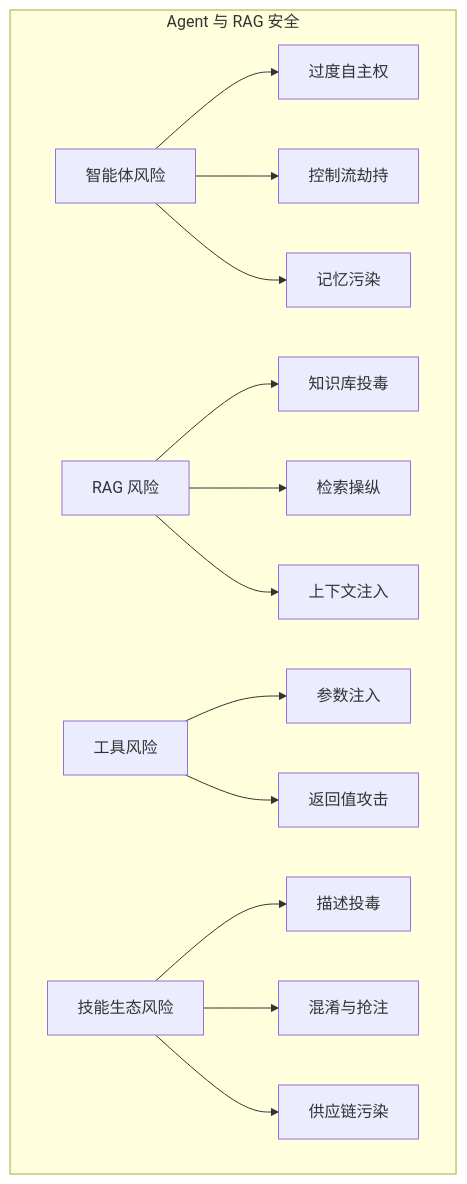
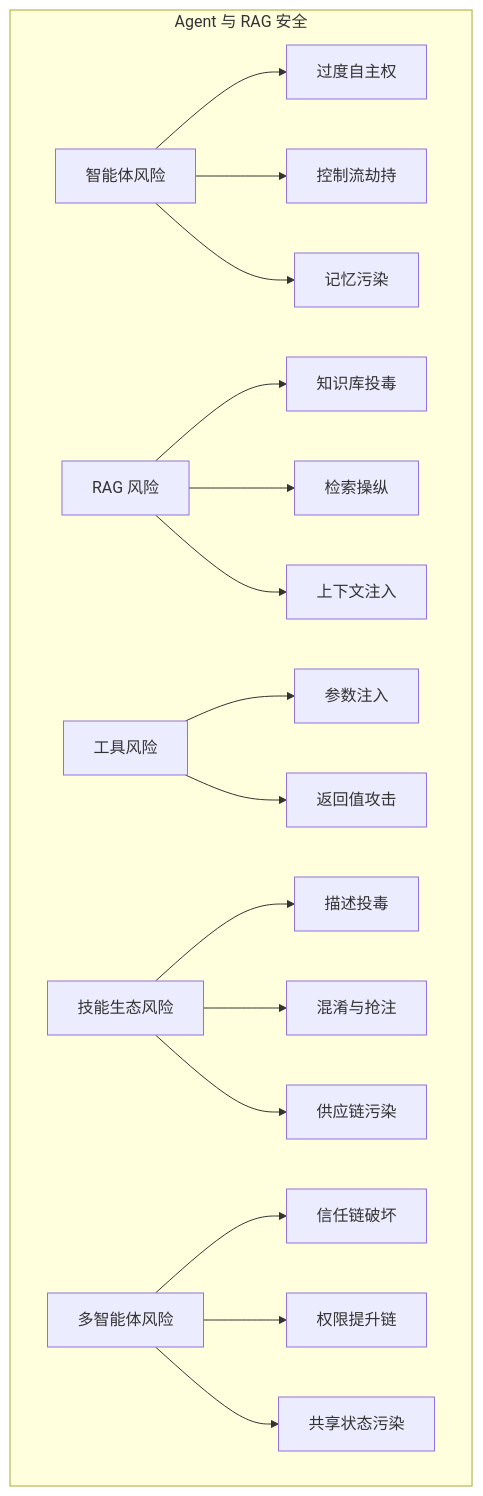
Before and after one commit to yeasy/ai_security_guide: the diagram in 07_agent_rag_security/summary.md, drawn with Mermaid. The commit also changed other lines of this file and 3 other files, not shown here.

````diff
--- a/07_agent_rag_security/summary.md
+++ b/07_agent_rag_security/summary.md
@@ -17,19 +21,23 @@
 ```mermaid
 graph TB
     subgraph "Agent 与 RAG 安全"
     A["智能体风险"] --> A1["过度自主权"]
     A --> A2["控制流劫持"]
     A --> A3["记忆污染"]
 
     B["RAG 风险"] --> B1["知识库投毒"]
     B --> B2["检索操纵"]
     B --> B3["上下文注入"]
 
     C["工具风险"] --> C1["参数注入"]
     C --> C2["返回值攻击"]
 
     D["技能生态风险"] --> D1["描述投毒"]
     D --> D2["混淆与抢注"]
     D --> D3["供应链污染"]
+
+    E["多智能体风险"] --> E1["信任链破坏"]
+    E --> E2["权限提升链"]
+    E --> E3["共享状态污染"]
     end
 ```
````
